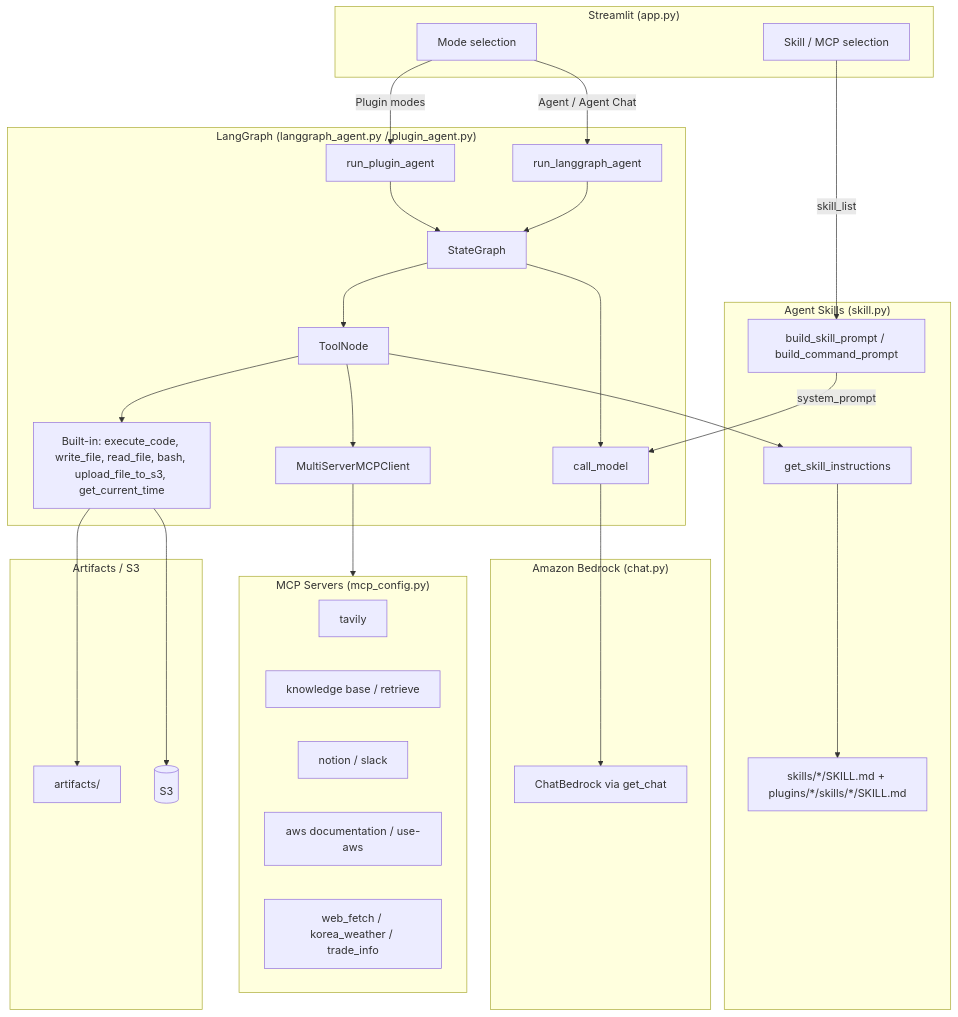
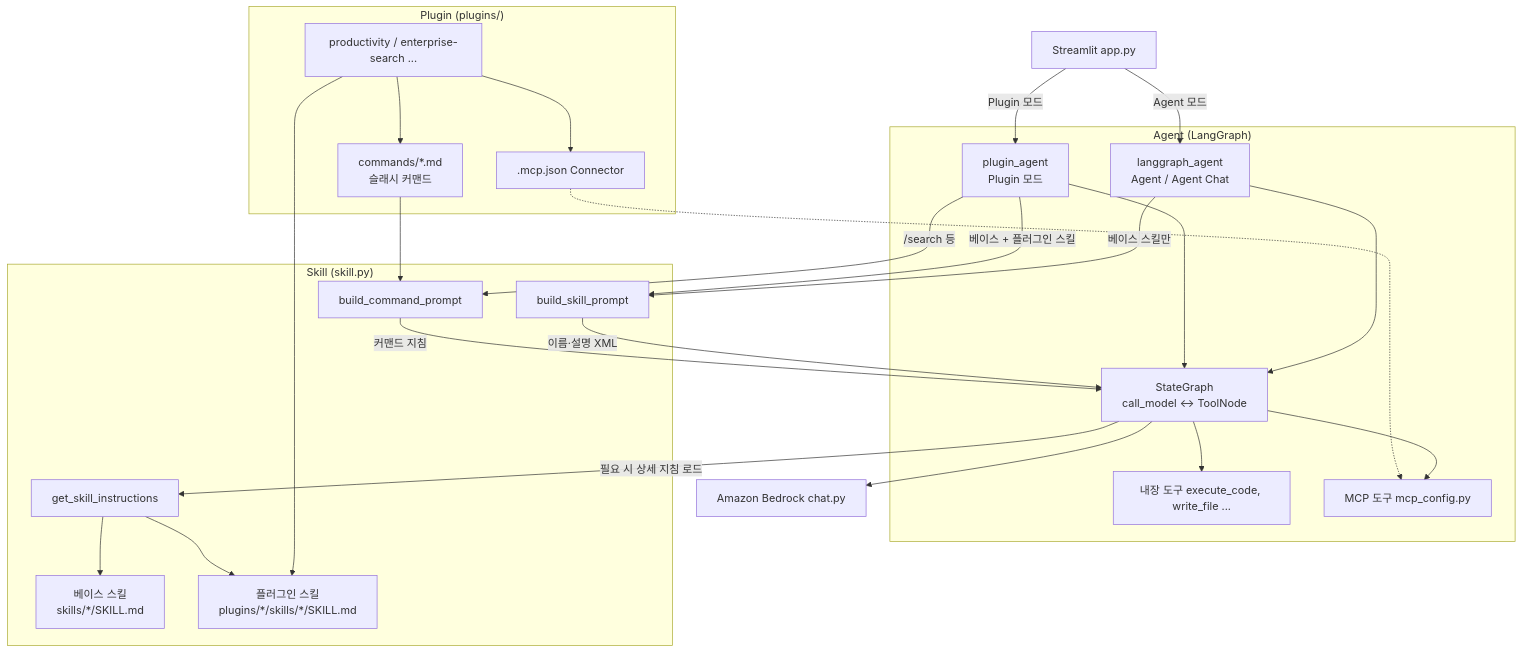
One commit to kyopark2014/agent-plugins changed the diagram in README.md. Above: the diagram before and after it, drawn with Mermaid. The commit also changed 1 other file, not shown here.

````diff
--- a/README.md
+++ b/README.md
@@ -9,58 +9,51 @@
 ```mermaid
 flowchart TB
-  subgraph UI["Streamlit (app.py)"]
-    M[Mode selection]
-    SKUI[Skill / MCP selection]
+  UI[Streamlit app.py]
+
+  subgraph Agent["Agent (LangGraph)"]
+    LGA[langgraph_agent<br/>Agent / Agent Chat]
+    LGP[plugin_agent<br/>Plugin 모드]
+    SG[StateGraph<br/>call_model ↔ ToolNode]
+    BT[내장 도구 execute_code, write_file ...]
+    MCP[MCP 도구 mcp_config.py]
+    LGA --> SG
+    LGP --> SG
+    SG --> BT
+    SG --> MCP
   end
 
-  subgraph LLM["Amazon Bedrock (chat.py)"]
-    CB[ChatBedrock via get_chat]
+  subgraph Skill["Skill (skill.py)"]
+    BSP[build_skill_prompt]
+    BCP[build_command_prompt]
+    GSI[get_skill_instructions]
+    BASE[베이스 스킬<br/>skills/*/SKILL.md]
+    PSK[플러그인 스킬<br/>plugins/*/skills/*/SKILL.md]
   end
 
-  subgraph Skills["Agent Skills (skill.py)"]
-    SRC["skills/*/SKILL.md + plugins/*/skills/*/SKILL.md"]
-    BSP[build_skill_prompt / build_command_prompt]
-    GSI[get_skill_instructions]
+  subgraph Plugin["Plugin (plugins/)"]
+    PLG[productivity / enterprise-search ...]
+    CMD[commands/*.md<br/>슬래시 커맨드]
+    CON[.mcp.json Connector]
+    PLG --> CMD
+    PLG --> CON
+    PLG --> PSK
   end
 
-  subgraph LangGraphStack["LangGraph (langgraph_agent.py / plugin_agent.py)"]
-    RLA[run_langgraph_agent]
-    RPA[run_plugin_agent]
-    SG[StateGraph]
-    CM[call_model]
-    TN[ToolNode]
-    BT["Built-in: execute_code, write_file, read_file, bash, upload_file_to_s3, get_current_time"]
-    MSC[MultiServerMCPClient]
-  end
+  BR[Amazon Bedrock chat.py]
 
-  subgraph MCPServers["MCP Servers (mcp_config.py)"]
-    T[tavily]
-    R[knowledge base / retrieve]
-    N[notion / slack]
-    AWS[aws documentation / use-aws]
-    WF[web_fetch / korea_weather / trade_info]
-  end
+  UI -->|Agent 모드| LGA
+  UI -->|Plugin 모드| LGP
 
-  subgraph Storage["Artifacts / S3"]
-    ART[artifacts/]
-    S3[(S3)]
-  end
+  LGA -->|베이스 스킬만| BSP
+  LGP -->|베이스 + 플러그인 스킬| BSP
+  LGP -->|/search 등| BCP
+  CMD --> BCP
 
-  M -->|Agent / Agent Chat| RLA
-  M -->|Plugin modes| RPA
-  SKUI -->|skill_list| BSP
-
-  RLA --> SG
-  RPA --> SG
-  SG --> CM
-  SG --> TN
-  CM --> CB
-  TN --> BT
-  TN --> MSC
-  TN --> GSI
-  BSP -->|system_prompt| CM
-  GSI --> SRC
-  MSC --> MCPServers
-  BT --> ART
-  BT --> S3
+  BSP -->|이름·설명 XML| SG
+  BCP -->|커맨드 지침| SG
+  SG -->|필요 시 상세 지침 로드| GSI
+  GSI --> BASE
+  GSI --> PSK
+  SG --> BR
+  CON -.-> MCP
 ```
````
